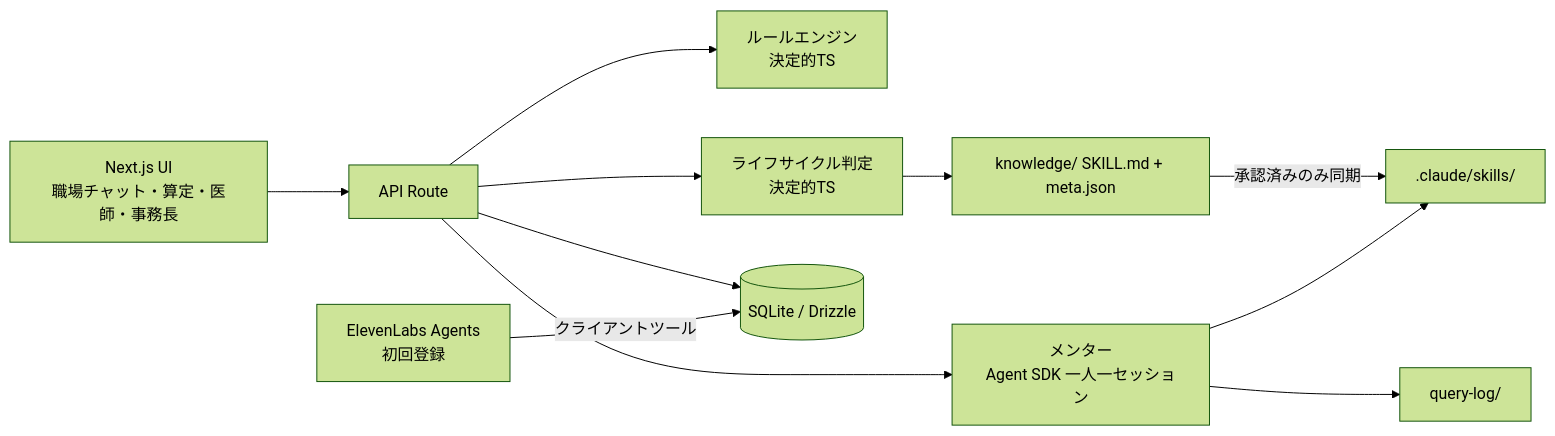
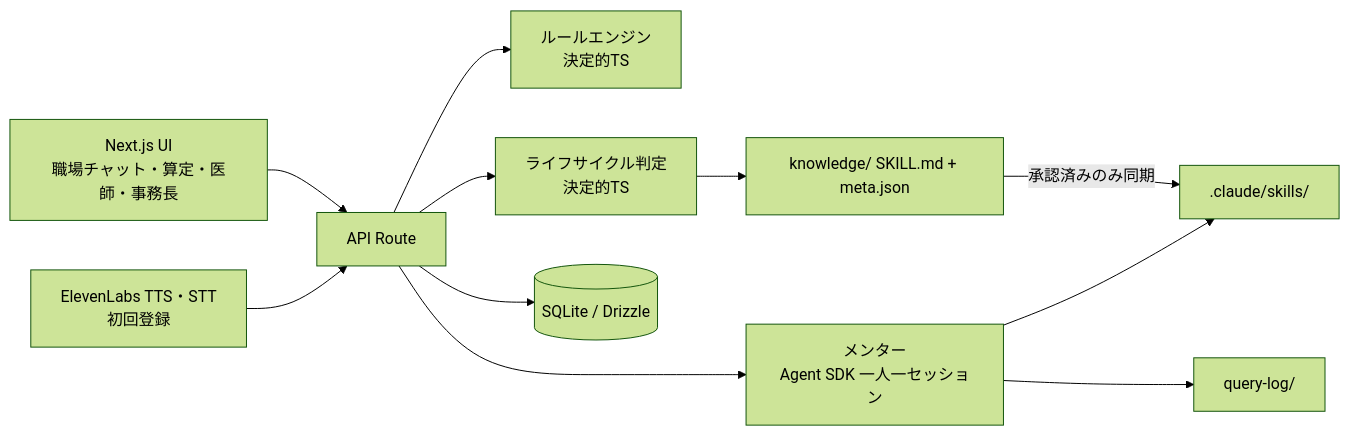
The third of 3 diagrams in design/iji-context/spec.md (toshi-naka-boop/iji-context), drawn with Mermaid (forest theme) before and after one commit. The commit also changed other lines of this file and 10 other files, not shown here.

First line of the commit message:
feat: 初回にキャラを選んだときの声の部品（ElevenLabs）

````diff
--- a/design/iji-context/spec.md
+++ b/design/iji-context/spec.md
@@ -221,13 +221,13 @@
 ```mermaid
 flowchart LR
     UI[Next.js UI<br>職場チャット・算定・医師・事務長] --> API[API Route]
     API --> M[メンター<br>Agent SDK 一人一セッション]
     API --> RE[ルールエンジン<br>決定的TS]
     API --> LC[ライフサイクル判定<br>決定的TS]
     API --> DB[(SQLite / Drizzle)]
     LC --> KD[knowledge/ SKILL.md + meta.json]
     KD -->|承認済みのみ同期| SK[.claude/skills/]
     M --> SK
     M --> QL[query-log/]
-    V[ElevenLabs Agents<br>初回登録] -->|クライアントツール| DB
+    V[ElevenLabs TTS・STT<br>初回登録] --> API
 ```
````
